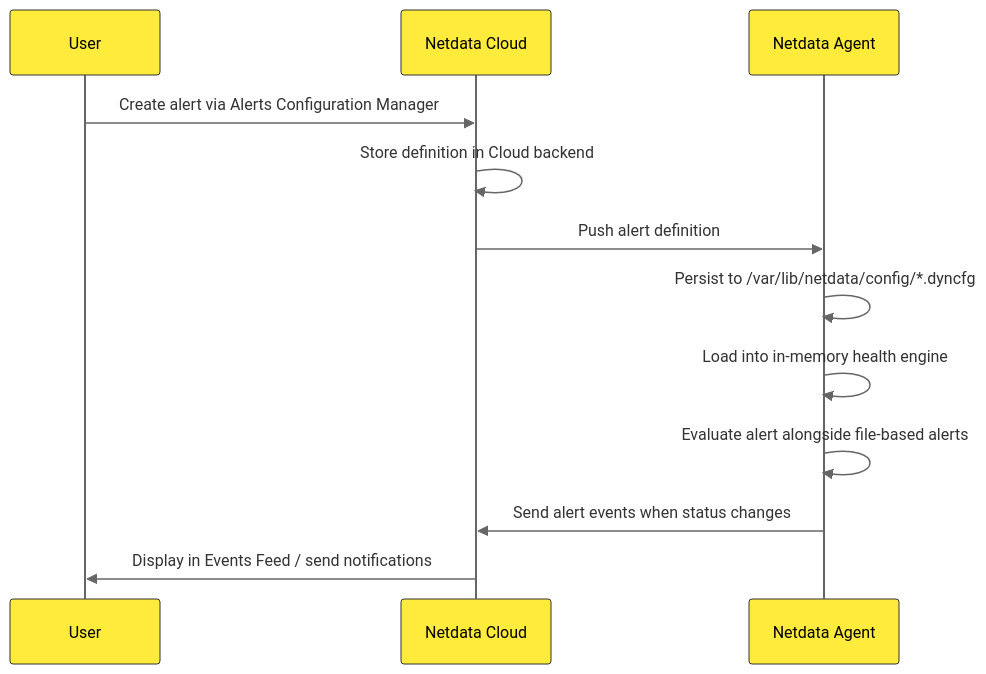
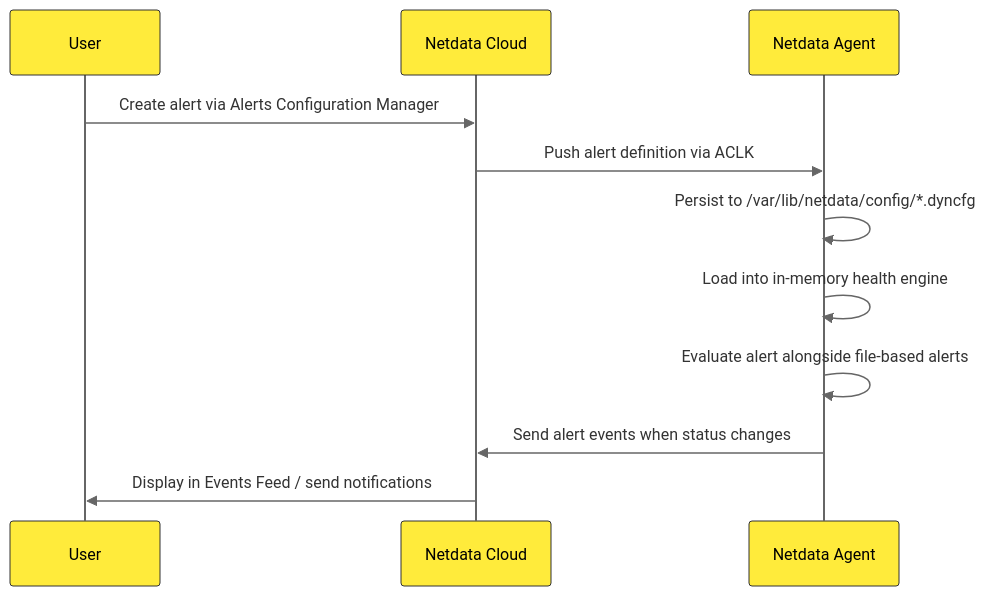
One commit to netdata/netdata changed the diagram in docs/alerts/understanding-alerts/where-alerts-live.md. Above: the diagram before and after it, drawn with Mermaid. The commit also changed other lines of this file, not shown here.

````diff
--- a/docs/alerts/understanding-alerts/where-alerts-live.md
+++ b/docs/alerts/understanding-alerts/where-alerts-live.md
@@ -79,16 +98,14 @@
 ```mermaid
 %%{init: {'theme':'base', 'themeVariables': { 'actorBkg':'#ffeb3b', 'actorBorder':'#333333', 'actorTextColor':'#000000', 'actorLineColor':'#666666', 'signalColor':'#666666', 'signalTextColor':'#333333', 'labelBoxBkgColor':'#f9f9f9', 'labelBoxBorderColor':'#666666', 'labelTextColor':'#000000', 'loopTextColor':'#333333', 'noteBorderColor':'#666666', 'noteBkgColor':'#4caf50', 'noteTextColor':'#000000', 'activationBorderColor':'#666666', 'activationBkgColor':'#4caf50', 'sequenceNumberColor':'#333333'}}}%%
 sequenceDiagram
     participant User
     participant Cloud as Netdata Cloud
     participant Agent as Netdata Agent
-
     User->>Cloud: Create alert via Alerts Configuration Manager
-    Cloud->>Cloud: Store definition in Cloud backend
-    Cloud->>Agent: Push alert definition
+    Cloud->>Agent: Push alert definition via ACLK
     Agent->>Agent: Persist to /var/lib/netdata/config/*.dyncfg
     Agent->>Agent: Load into in-memory health engine
     Agent->>Agent: Evaluate alert alongside file-based alerts
     Agent->>Cloud: Send alert events when status changes
     Cloud->>User: Display in Events Feed / send notifications
 ```
````
